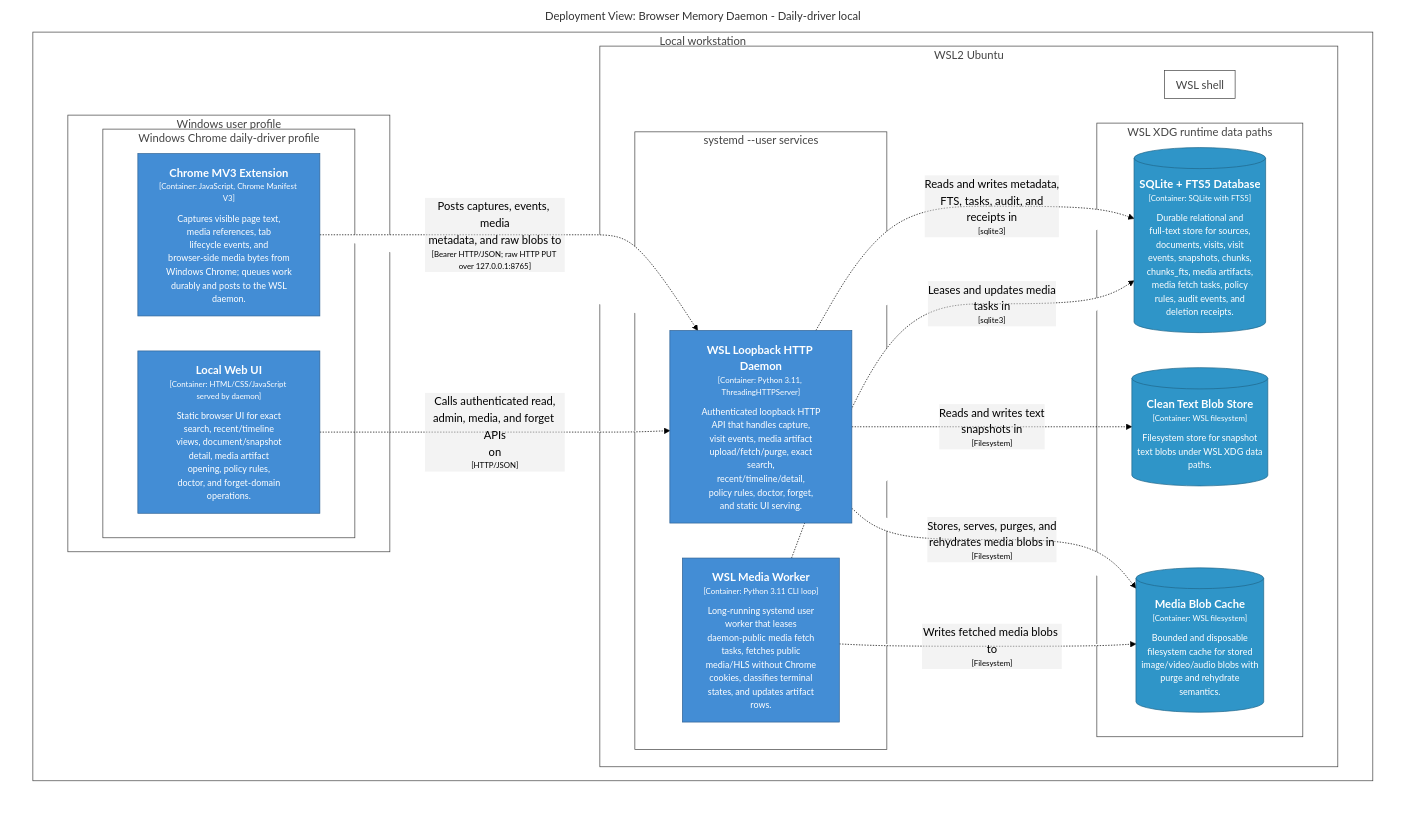
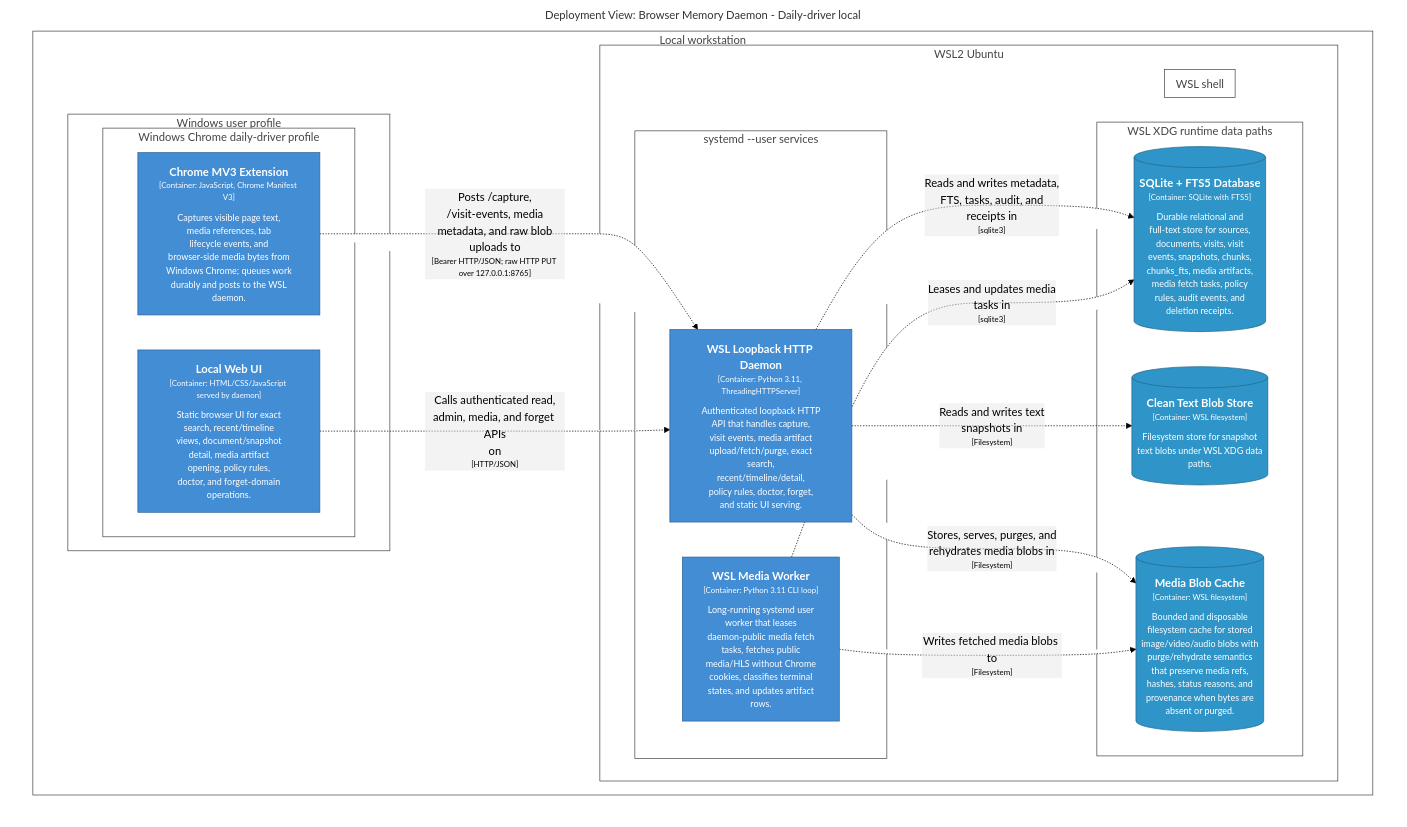
One commit to michaelnicks0/browser-memory-daemon changed the diagram in architecture/diagrams/structurizr-DailyDriverDeployment.mmd. Above: the diagram before and after it, drawn with Mermaid (forest theme). The commit also changed 105 other files, not shown here.

Commit message:
docs: reconcile C4 and behavioral diagrams

```diff
--- a/architecture/diagrams/structurizr-DailyDriverDeployment.mmd
+++ b/architecture/diagrams/structurizr-DailyDriverDeployment.mmd
@@ -1,64 +1,64 @@
 graph TB
   linkStyle default fill:#ffffff
 
   subgraph diagram ["Deployment View: Browser Memory Daemon - Daily-driver local"]
     style diagram fill:#ffffff,stroke:#ffffff
 
     subgraph 85 ["Local workstation"]
       style 85 fill:#ffffff,stroke:#444444,color:#444444
 
       subgraph 86 ["Windows user profile"]
         style 86 fill:#ffffff,stroke:#444444,color:#444444
 
         subgraph 87 ["Windows Chrome daily-driver profile"]
           style 87 fill:#ffffff,stroke:#444444,color:#444444
 
           88["<div style='font-weight: bold'>Chrome MV3 Extension</div><div style='font-size: 70%; margin-top: 0px'>[Container: JavaScript, Chrome Manifest V3]</div><div style='font-size: 80%; margin-top:10px'>Captures visible page text,<br />media references, tab<br />lifecycle events, and<br />browser-side media bytes from<br />Windows Chrome; queues work<br />durably and posts to the WSL<br />daemon.</div>"]
           style 88 fill:#438dd5,stroke:#2e6295,color:#ffffff
           91["<div style='font-weight: bold'>Local Web UI</div><div style='font-size: 70%; margin-top: 0px'>[Container: HTML/CSS/JavaScript served by daemon]</div><div style='font-size: 80%; margin-top:10px'>Static browser UI for exact<br />search, recent/timeline<br />views, document/snapshot<br />detail, media artifact<br />opening, policy rules,<br />doctor, and forget-domain<br />operations.</div>"]
           style 91 fill:#438dd5,stroke:#2e6295,color:#ffffff
         end
 
       end
 
       subgraph 93 ["WSL2 Ubuntu"]
         style 93 fill:#ffffff,stroke:#444444,color:#444444
 
         subgraph 102 ["WSL XDG runtime data paths"]
           style 102 fill:#ffffff,stroke:#444444,color:#444444
 
           103[("<div style='font-weight: bold'>SQLite + FTS5 Database</div><div style='font-size: 70%; margin-top: 0px'>[Container: SQLite with FTS5]</div><div style='font-size: 80%; margin-top:10px'>Durable relational and<br />full-text store for sources,<br />documents, visits, visit<br />events, snapshots, chunks,<br />chunks_fts, media artifacts,<br />media fetch tasks, policy<br />rules, audit events, and<br />deletion receipts.</div>")]
           style 103 fill:#2f95c8,stroke:#20688c,color:#ffffff
           107[("<div style='font-weight: bold'>Clean Text Blob Store</div><div style='font-size: 70%; margin-top: 0px'>[Container: WSL filesystem]</div><div style='font-size: 80%; margin-top:10px'>Filesystem store for snapshot<br />text blobs under WSL XDG data<br />paths.</div>")]
           style 107 fill:#2f95c8,stroke:#20688c,color:#ffffff
-          109[("<div style='font-weight: bold'>Media Blob Cache</div><div style='font-size: 70%; margin-top: 0px'>[Container: WSL filesystem]</div><div style='font-size: 80%; margin-top:10px'>Bounded and disposable<br />filesystem cache for stored<br />image/video/audio blobs with<br />purge and rehydrate<br />semantics.</div>")]
+          109[("<div style='font-weight: bold'>Media Blob Cache</div><div style='font-size: 70%; margin-top: 0px'>[Container: WSL filesystem]</div><div style='font-size: 80%; margin-top:10px'>Bounded and disposable<br />filesystem cache for stored<br />image/video/audio blobs with<br />purge/rehydrate semantics<br />that preserve media refs,<br />hashes, status reasons, and<br />provenance when bytes are<br />absent or purged.</div>")]
           style 109 fill:#2f95c8,stroke:#20688c,color:#ffffff
         end
 
         subgraph 94 ["systemd --user services"]
           style 94 fill:#ffffff,stroke:#444444,color:#444444
 
           95["<div style='font-weight: bold'>WSL Loopback HTTP Daemon</div><div style='font-size: 70%; margin-top: 0px'>[Container: Python 3.11, ThreadingHTTPServer]</div><div style='font-size: 80%; margin-top:10px'>Authenticated loopback HTTP<br />API that handles capture,<br />visit events, media artifact<br />upload/fetch/purge, exact<br />search,<br />recent/timeline/detail,<br />policy rules, doctor, forget,<br />and static UI serving.</div>"]
           style 95 fill:#438dd5,stroke:#2e6295,color:#ffffff
           98["<div style='font-weight: bold'>WSL Media Worker</div><div style='font-size: 70%; margin-top: 0px'>[Container: Python 3.11 CLI loop]</div><div style='font-size: 80%; margin-top:10px'>Long-running systemd user<br />worker that leases<br />daemon-public media fetch<br />tasks, fetches public<br />media/HLS without Chrome<br />cookies, classifies terminal<br />states, and updates artifact<br />rows.</div>"]
           style 98 fill:#438dd5,stroke:#2e6295,color:#ffffff
         end
 
         subgraph 99 ["WSL shell"]
           style 99 fill:#ffffff,stroke:#444444,color:#444444
 
         end
 
       end
 
     end
 
     95-. "<div>Reads and writes metadata,<br />FTS, tasks, audit, and<br />receipts in</div><div style='font-size: 70%'>[sqlite3]</div>" .->103
     98-. "<div>Leases and updates media<br />tasks in</div><div style='font-size: 70%'>[sqlite3]</div>" .->103
     95-. "<div>Reads and writes text<br />snapshots in</div><div style='font-size: 70%'>[Filesystem]</div>" .->107
     95-. "<div>Stores, serves, purges, and<br />rehydrates media blobs in</div><div style='font-size: 70%'>[Filesystem]</div>" .->109
     98-. "<div>Writes fetched media blobs to</div><div style='font-size: 70%'>[Filesystem]</div>" .->109
-    88-. "<div>Posts captures, events, media<br />metadata, and raw blobs to</div><div style='font-size: 70%'>[Bearer HTTP/JSON; raw HTTP PUT over 127.0.0.1:8765]</div>" .->95
+    88-. "<div>Posts /capture,<br />/visit-events, media<br />metadata, and raw blob<br />uploads to</div><div style='font-size: 70%'>[Bearer HTTP/JSON; raw HTTP PUT over 127.0.0.1:8765]</div>" .->95
     91-. "<div>Calls authenticated read,<br />admin, media, and forget APIs<br />on</div><div style='font-size: 70%'>[HTTP/JSON]</div>" .->95
 
   end
```
